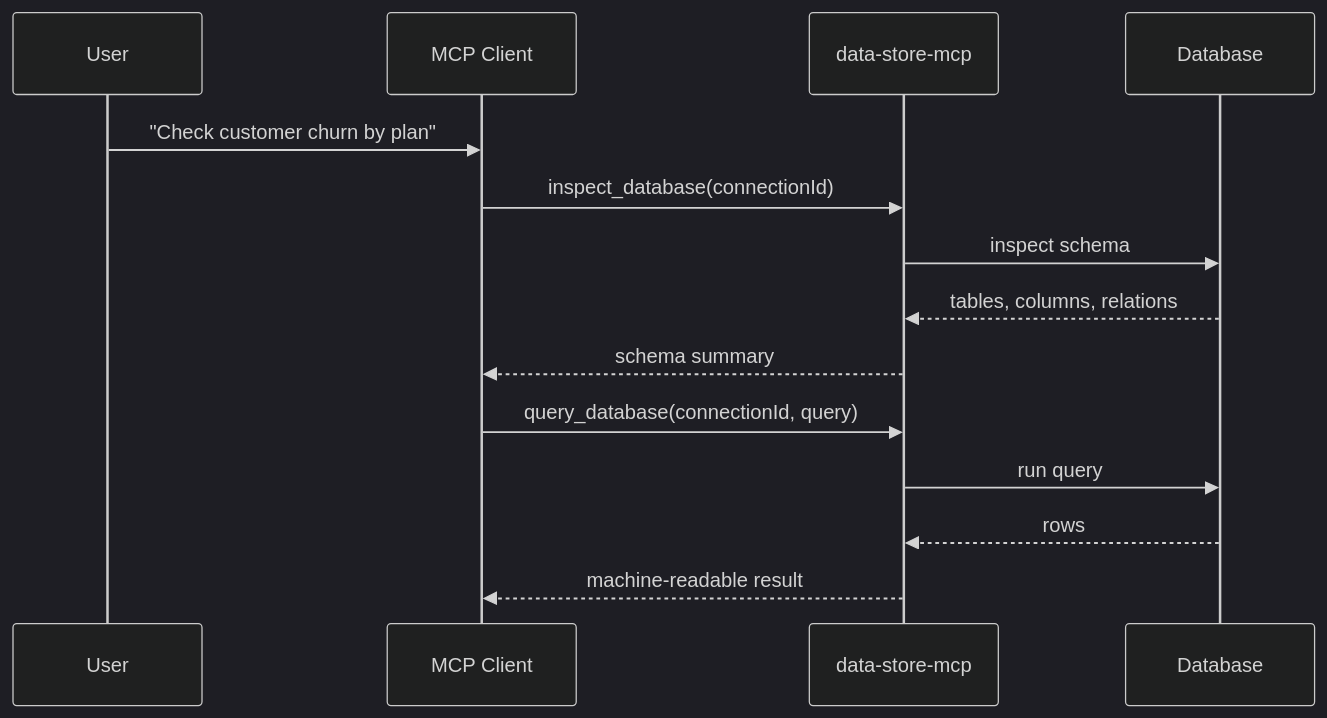
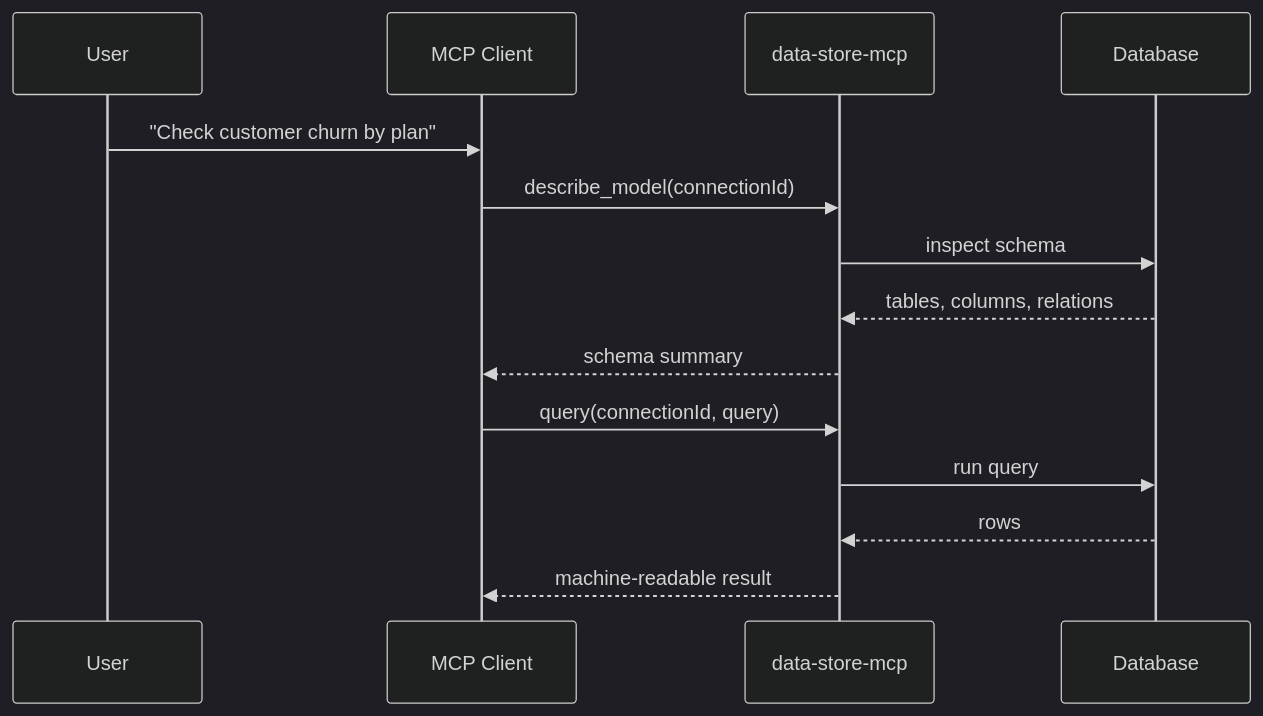
One commit to navid1111/data-store-mcp changed the second of 2 diagrams in README.md. Above: the diagram before and after it, drawn with Mermaid (dark theme). The commit also changed other lines of this file and 9 other files, not shown here.

````diff
--- a/README.md
+++ b/README.md
@@ -50,17 +50,17 @@
 ```mermaid
 sequenceDiagram
     participant U as User
     participant C as MCP Client
     participant S as data-store-mcp
     participant DB as Database
 
     U->>C: "Check customer churn by plan"
-    C->>S: inspect_database(connectionId)
+    C->>S: describe_model(connectionId)
     S->>DB: inspect schema
     DB-->>S: tables, columns, relations
     S-->>C: schema summary
-    C->>S: query_database(connectionId, query)
+    C->>S: query(connectionId, query)
     S->>DB: run query
     DB-->>S: rows
     S-->>C: machine-readable result
 ```
````
